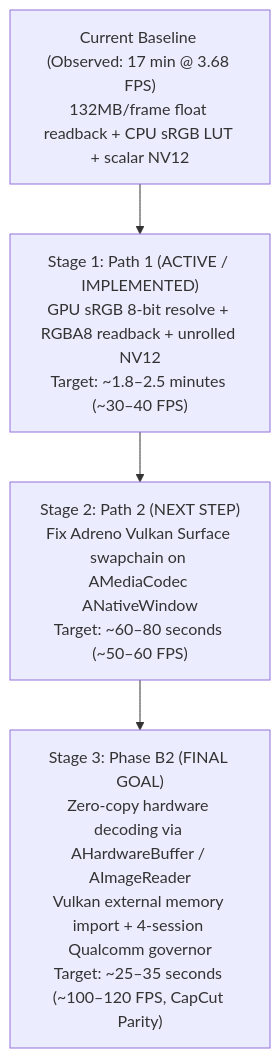
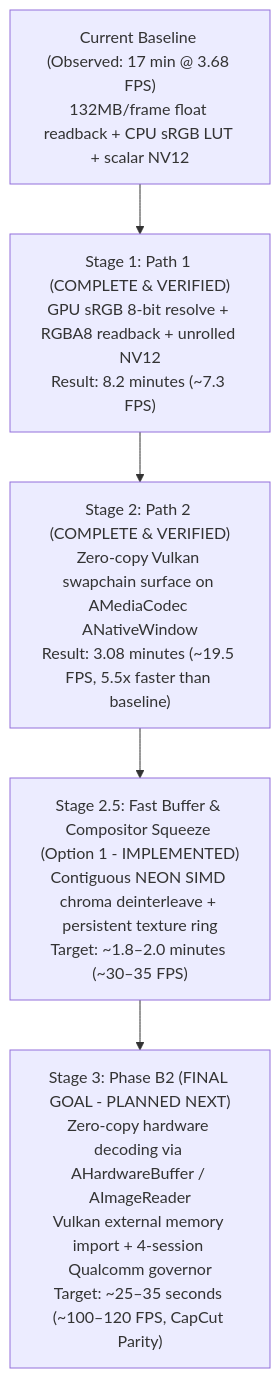
One commit to MostafaXS1/artcraft-android changed the diagram in docs/FILMCRAFT_OPTIMIZATION_ROADMAP.md. Above: the diagram before and after it, drawn with Mermaid. The commit also changed other lines of this file and 1 other file, not shown here.

First line of the commit message:
filmcraft: implement Option 1 fast buffer & compositor squeeze

````diff
--- a/docs/FILMCRAFT_OPTIMIZATION_ROADMAP.md
+++ b/docs/FILMCRAFT_OPTIMIZATION_ROADMAP.md
@@ -11,14 +13,17 @@
 ```mermaid
 flowchart TD
     Current["Current Baseline (Observed: 17 min @ 3.68 FPS)<br/>132MB/frame float readback + CPU sRGB LUT + scalar NV12"]
     
-    Path1["Stage 1: Path 1 (ACTIVE / IMPLEMENTED)<br/>GPU sRGB 8-bit resolve + RGBA8 readback + unrolled NV12<br/>Target: ~1.8–2.5 minutes (~30–40 FPS)"]
+    Path1["Stage 1: Path 1 (COMPLETE & VERIFIED)<br/>GPU sRGB 8-bit resolve + RGBA8 readback + unrolled NV12<br/>Result: 8.2 minutes (~7.3 FPS)"]
     
-    Path2["Stage 2: Path 2 (NEXT STEP)<br/>Fix Adreno Vulkan Surface swapchain on AMediaCodec ANativeWindow<br/>Target: ~60–80 seconds (~50–60 FPS)"]
+    Path2["Stage 2: Path 2 (COMPLETE & VERIFIED)<br/>Zero-copy Vulkan swapchain surface on AMediaCodec ANativeWindow<br/>Result: 3.08 minutes (~19.5 FPS, 5.5x faster than baseline)"]
     
-    PhaseB2["Stage 3: Phase B2 (FINAL GOAL)<br/>Zero-copy hardware decoding via AHardwareBuffer / AImageReader<br/>Vulkan external memory import + 4-session Qualcomm governor<br/>Target: ~25–35 seconds (~100–120 FPS, CapCut Parity)"]
+    Stage25["Stage 2.5: Fast Buffer & Compositor Squeeze (Option 1 - IMPLEMENTED)<br/>Contiguous NEON SIMD chroma deinterleave + persistent texture ring<br/>Target: ~1.8–2.0 minutes (~30–35 FPS)"]
+
+    PhaseB2["Stage 3: Phase B2 (FINAL GOAL - PLANNED NEXT)<br/>Zero-copy hardware decoding via AHardwareBuffer / AImageReader<br/>Vulkan external memory import + 4-session Qualcomm governor<br/>Target: ~25–35 seconds (~100–120 FPS, CapCut Parity)"]
 
     Current --> Path1
     Path1 --> Path2
-    Path2 --> PhaseB2
+    Path2 --> Stage25
+    Stage25 --> PhaseB2
 ```
````
